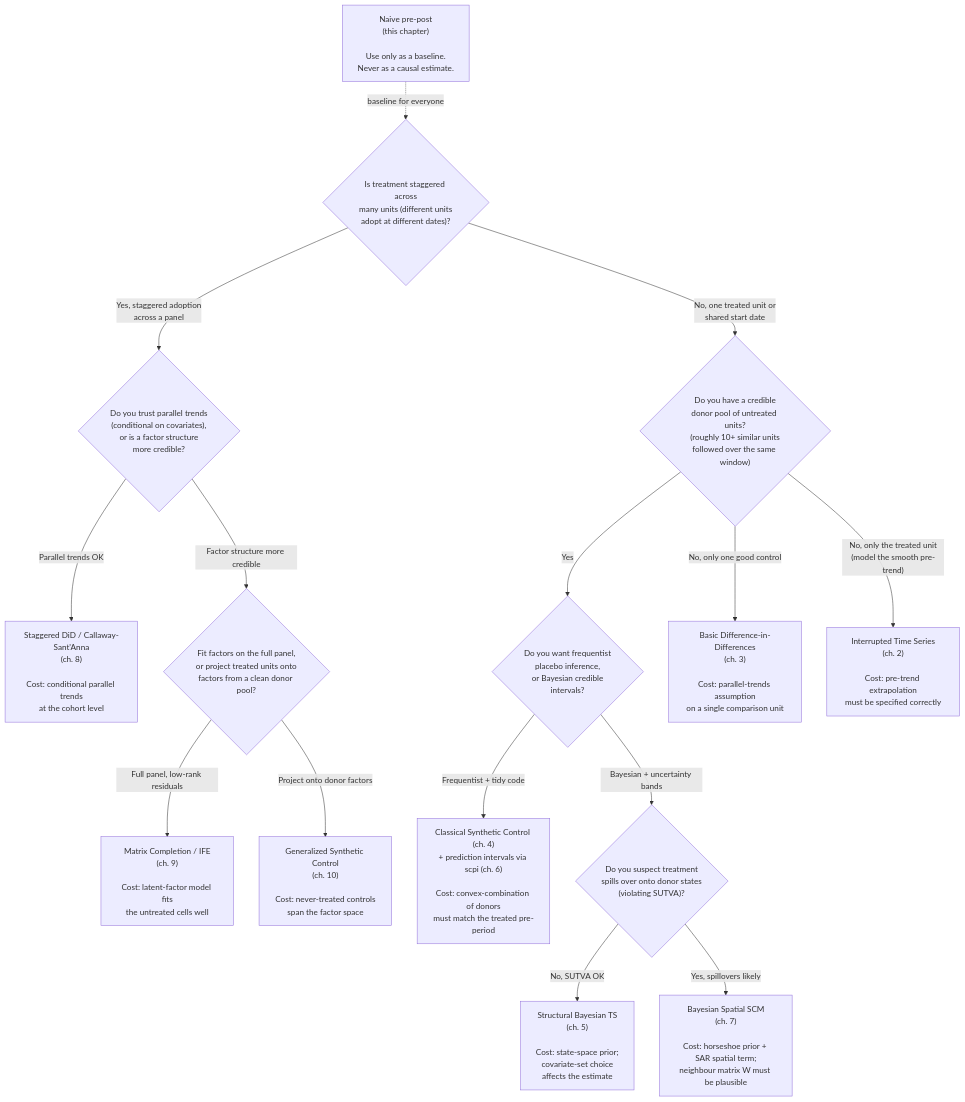
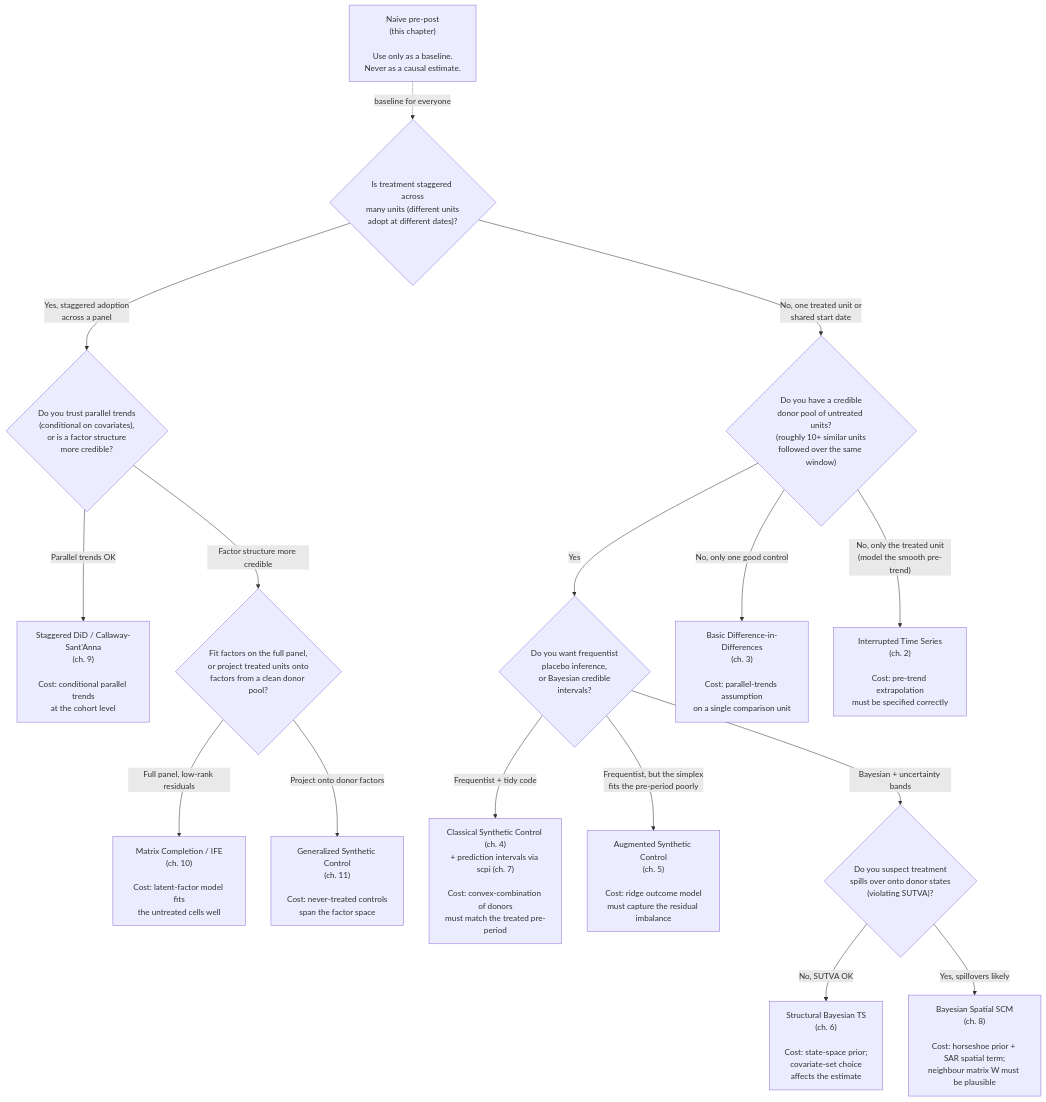
One commit to quarcs-lab/ccm changed the diagram in 01-introduction.qmd. Above: the diagram before and after it, drawn with Mermaid. The commit also changed other lines of this file and 13 other files, not shown here.

````diff
--- a/01-introduction.qmd
+++ b/01-introduction.qmd
@@ -116,24 +117,25 @@
 ```{mermaid}
 flowchart TB
     Q0{"Is treatment staggered across<br/>many units (different units<br/>adopt at different dates)?"}
     Q0 -->|Yes, staggered adoption<br/>across a panel| Q4{"Do you trust parallel trends<br/>(conditional on covariates),<br/>or is a factor structure<br/>more credible?"}
     Q0 -->|No, one treated unit or<br/>shared start date| Q1{"Do you have a credible<br/>donor pool of untreated units?<br/>(roughly 10+ similar units<br/>followed over the same window)"}
 
-    Q4 -->|Parallel trends OK| CSA["Staggered DiD / Callaway-Sant'Anna<br/>(ch. 8)<br/><br/>Cost: conditional parallel trends<br/>at the cohort level"]
+    Q4 -->|Parallel trends OK| CSA["Staggered DiD / Callaway-Sant'Anna<br/>(ch. 9)<br/><br/>Cost: conditional parallel trends<br/>at the cohort level"]
     Q4 -->|Factor structure more credible| Q5{"Fit factors on the full panel,<br/>or project treated units onto<br/>factors from a clean donor pool?"}
 
-    Q5 -->|Full panel, low-rank residuals| MC["Matrix Completion / IFE<br/>(ch. 9)<br/><br/>Cost: latent-factor model fits<br/>the untreated cells well"]
-    Q5 -->|Project onto donor factors| GSC["Generalized Synthetic Control<br/>(ch. 10)<br/><br/>Cost: never-treated controls<br/>span the factor space"]
+    Q5 -->|Full panel, low-rank residuals| MC["Matrix Completion / IFE<br/>(ch. 10)<br/><br/>Cost: latent-factor model fits<br/>the untreated cells well"]
+    Q5 -->|Project onto donor factors| GSC["Generalized Synthetic Control<br/>(ch. 11)<br/><br/>Cost: never-treated controls<br/>span the factor space"]
 
     Q1 -->|Yes| Q2{"Do you want frequentist<br/>placebo inference,<br/>or Bayesian credible<br/>intervals?"}
     Q1 -->|No, only one good control| DiD["Basic Difference-in-Differences<br/>(ch. 3)<br/><br/>Cost: parallel-trends assumption<br/>on a single comparison unit"]
     Q1 -->|"No, only the treated unit<br/>(model the smooth pre-trend)"| ITS["Interrupted Time Series<br/>(ch. 2)<br/><br/>Cost: pre-trend extrapolation<br/>must be specified correctly"]
 
-    Q2 -->|Frequentist + tidy code| SCM["Classical Synthetic Control (ch. 4)<br/>+ prediction intervals via scpi (ch. 6)<br/><br/>Cost: convex-combination of donors<br/>must match the treated pre-period"]
+    Q2 -->|Frequentist + tidy code| SCM["Classical Synthetic Control (ch. 4)<br/>+ prediction intervals via scpi (ch. 7)<br/><br/>Cost: convex-combination of donors<br/>must match the treated pre-period"]
+    Q2 -->|"Frequentist, but the simplex<br/>fits the pre-period poorly"| ASCM["Augmented Synthetic Control<br/>(ch. 5)<br/><br/>Cost: ridge outcome model<br/>must capture the residual imbalance"]
     Q2 -->|Bayesian + uncertainty bands| Q3{"Do you suspect treatment<br/>spills over onto donor states<br/>(violating SUTVA)?"}
 
-    Q3 -->|No, SUTVA OK| CI["Structural Bayesian TS<br/>(ch. 5)<br/><br/>Cost: state-space prior;<br/>covariate-set choice<br/>affects the estimate"]
-    Q3 -->|Yes, spillovers likely| SPATIAL["Bayesian Spatial SCM<br/>(ch. 7)<br/><br/>Cost: horseshoe prior + SAR spatial term;<br/>neighbour matrix W must be plausible"]
+    Q3 -->|No, SUTVA OK| CI["Structural Bayesian TS<br/>(ch. 6)<br/><br/>Cost: state-space prior;<br/>covariate-set choice<br/>affects the estimate"]
+    Q3 -->|Yes, spillovers likely| SPATIAL["Bayesian Spatial SCM<br/>(ch. 8)<br/><br/>Cost: horseshoe prior + SAR spatial term;<br/>neighbour matrix W must be plausible"]
 
     NAIVE["Naive pre-post<br/>(this chapter)<br/><br/>Use only as a baseline.<br/>Never as a causal estimate."] -.->|"baseline for everyone"| Q0
 ```
````
